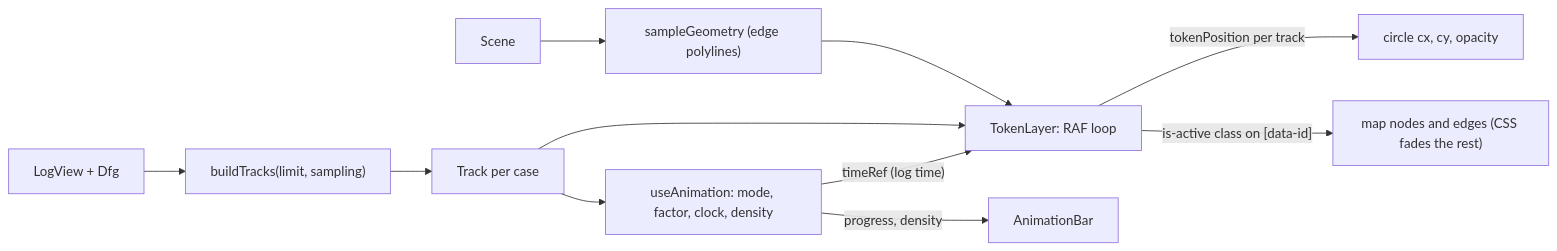
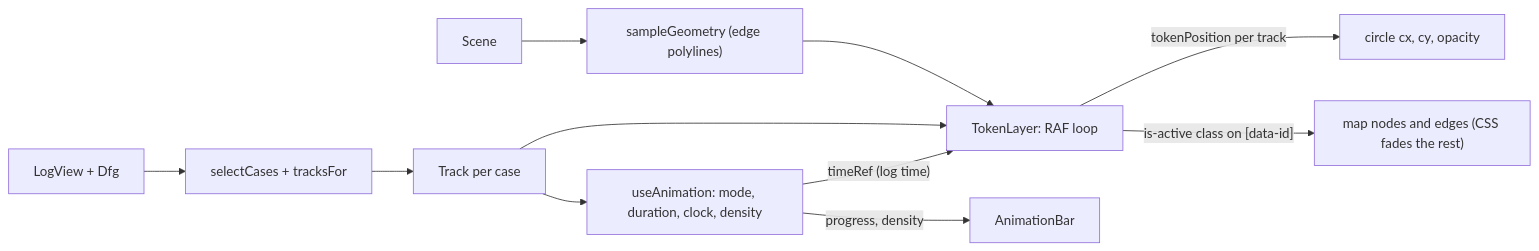
The second of 2 diagrams in knowledge/architecture.md (sureshHARDIYA/mukhiya-mining), drawn with Mermaid before and after one commit. The commit also changed other lines of this file and 13 other files, not shown here.

Commit message:
Replay speed as timeline length with factor-scaled hops; time-on-page end times for real data

````diff
--- a/knowledge/architecture.md
+++ b/knowledge/architecture.md
@@ -65,13 +65,13 @@
 ```mermaid
 flowchart LR
-  LV[LogView + Dfg] --> BT["buildTracks(limit, sampling)"]
+  LV[LogView + Dfg] --> BT["selectCases + tracksFor"]
   BT --> TR[Track per case]
-  TR --> UA["useAnimation: mode, factor, clock, density"]
+  TR --> UA["useAnimation: mode, duration, clock, density"]
   SC[Scene] --> SG["sampleGeometry (edge polylines)"]
   UA -- "timeRef (log time)" --> TL["TokenLayer: RAF loop"]
   TR --> TL
   SG --> TL
   TL -- "tokenPosition per track" --> CIR["circle cx, cy, opacity"]
   TL -- "is-active class on [data-id]" --> MAP["map nodes and edges (CSS fades the rest)"]
   UA -- "progress, density" --> BAR[AnimationBar]
 ```
````
